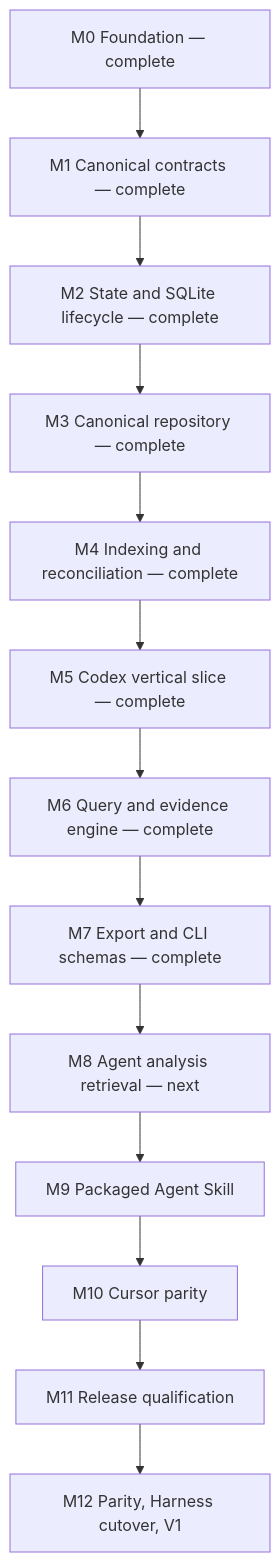
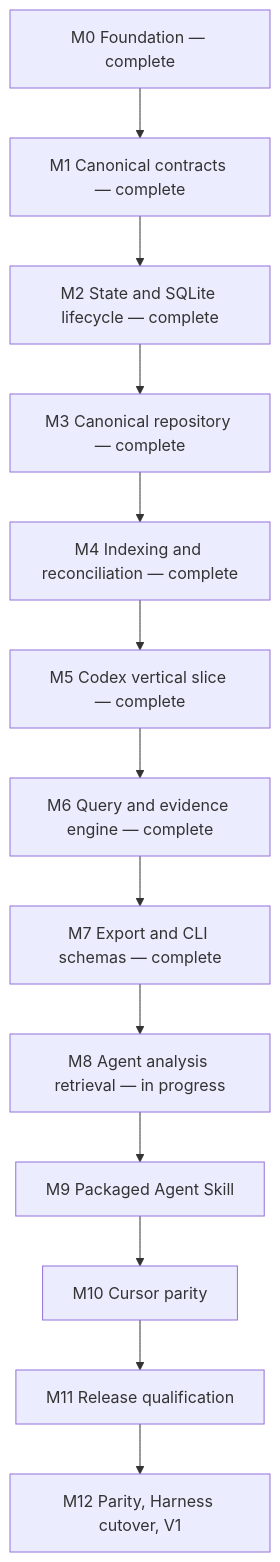
Before and after one commit to ferueda/sessions: the diagram in dev/plans/260713-v1-implementation-roadmap.md, drawn with Mermaid. The commit also changed other lines of this file and 12 other files, not shown here.

````diff
--- a/dev/plans/260713-v1-implementation-roadmap.md
+++ b/dev/plans/260713-v1-implementation-roadmap.md
@@ -111,15 +112,15 @@
 ```mermaid
 flowchart TD
   M0["M0 Foundation — complete"] --> M1["M1 Canonical contracts — complete"]
   M1 --> M2["M2 State and SQLite lifecycle — complete"]
   M2 --> M3["M3 Canonical repository — complete"]
   M3 --> M4["M4 Indexing and reconciliation — complete"]
   M4 --> M5["M5 Codex vertical slice — complete"]
   M5 --> M6["M6 Query and evidence engine — complete"]
   M6 --> M7["M7 Export and CLI schemas — complete"]
-  M7 --> M8["M8 Agent analysis retrieval — next"]
+  M7 --> M8["M8 Agent analysis retrieval — in progress"]
   M8 --> M9["M9 Packaged Agent Skill"]
   M9 --> M10["M10 Cursor parity"]
   M10 --> M11["M11 Release qualification"]
   M11 --> M12["M12 Parity, Harness cutover, V1"]
 ```
````
